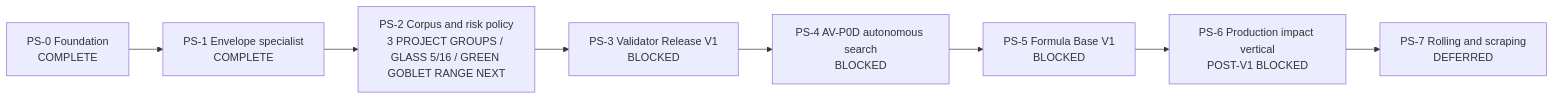
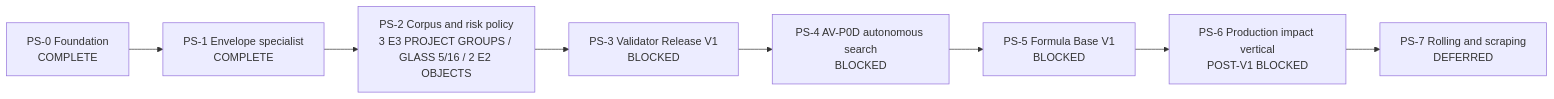
One commit to kaifaty/NextEngine changed the diagram in docs/plans/physical-sound-synthesis-roadmap.md. Above: the diagram before and after it, drawn with Mermaid. The commit also changed other lines of this file and 15 other files, not shown here.

Commit message:
feat(audio): add ranged GreenGoblet E2 evidence

````diff
--- a/docs/plans/physical-sound-synthesis-roadmap.md
+++ b/docs/plans/physical-sound-synthesis-roadmap.md
@@ -94,10 +94,10 @@
 ```mermaid
 flowchart LR
     PS0["PS-0 Foundation<br/>COMPLETE"] --> PS1["PS-1 Envelope specialist<br/>COMPLETE"]
-    PS1 --> PS2["PS-2 Corpus and risk policy<br/>3 PROJECT GROUPS / GLASS 5/16 / GREEN GOBLET RANGE NEXT"]
+    PS1 --> PS2["PS-2 Corpus and risk policy<br/>3 E3 PROJECT GROUPS / GLASS 5/16 / 2 E2 OBJECTS"]
     PS2 --> PS3["PS-3 Validator Release V1<br/>BLOCKED"]
     PS3 --> PS4["PS-4 AV-P0D autonomous search<br/>BLOCKED"]
     PS4 --> PS5["PS-5 Formula Base V1<br/>BLOCKED"]
     PS5 --> PS6["PS-6 Production impact vertical<br/>POST-V1 BLOCKED"]
     PS6 --> PS7["PS-7 Rolling and scraping<br/>DEFERRED"]
 ```
````
